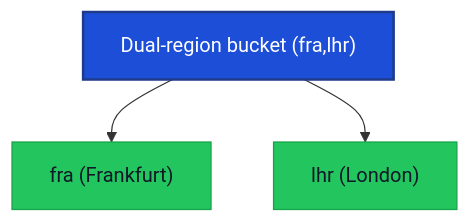
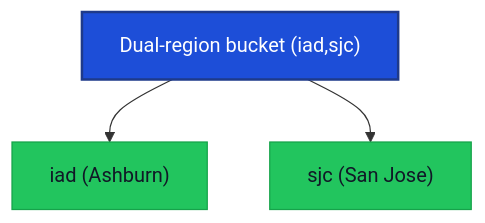
One commit to tigrisdata/tigris-blog changed the second of 3 diagrams in blog/2026-03-02-multi-region-buckets/index.mdx. Above: the diagram before and after it, drawn with Mermaid. The commit also changed other lines of this file, not shown here.

Commit message:
fix bucket examples

````diff
--- a/blog/2026-03-02-multi-region-buckets/index.mdx
+++ b/blog/2026-03-02-multi-region-buckets/index.mdx
@@ -211,15 +209,15 @@
 ```mermaid
 flowchart TD;
-  D["Dual-region bucket (fra,lhr)"]
-  fraNode["fra (Frankfurt)"]
-  lhrNode["lhr (London)"]
+  D["Dual-region bucket (iad,sjc)"]
+  iadNode["iad (Ashburn)"]
+  sjcNode["sjc (San Jose)"]
 
-  D --> fraNode
-  D --> lhrNode
+  D --> iadNode
+  D --> sjcNode
 
   classDef bucket fill:#1d4ed8,stroke:#1e3a8a,stroke-width:2px,color:#ffffff;
-  classDef eur fill:#22c55e,stroke:#16a34a,color:#111827;
+  classDef usa fill:#22c55e,stroke:#16a34a,color:#111827;
 
   class D bucket;
-  class fraNode,lhrNode eur;
+  class iadNode,sjcNode usa;
 ```
````
